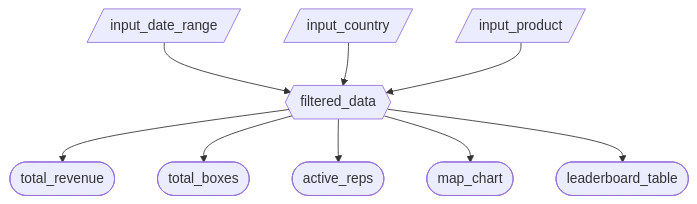
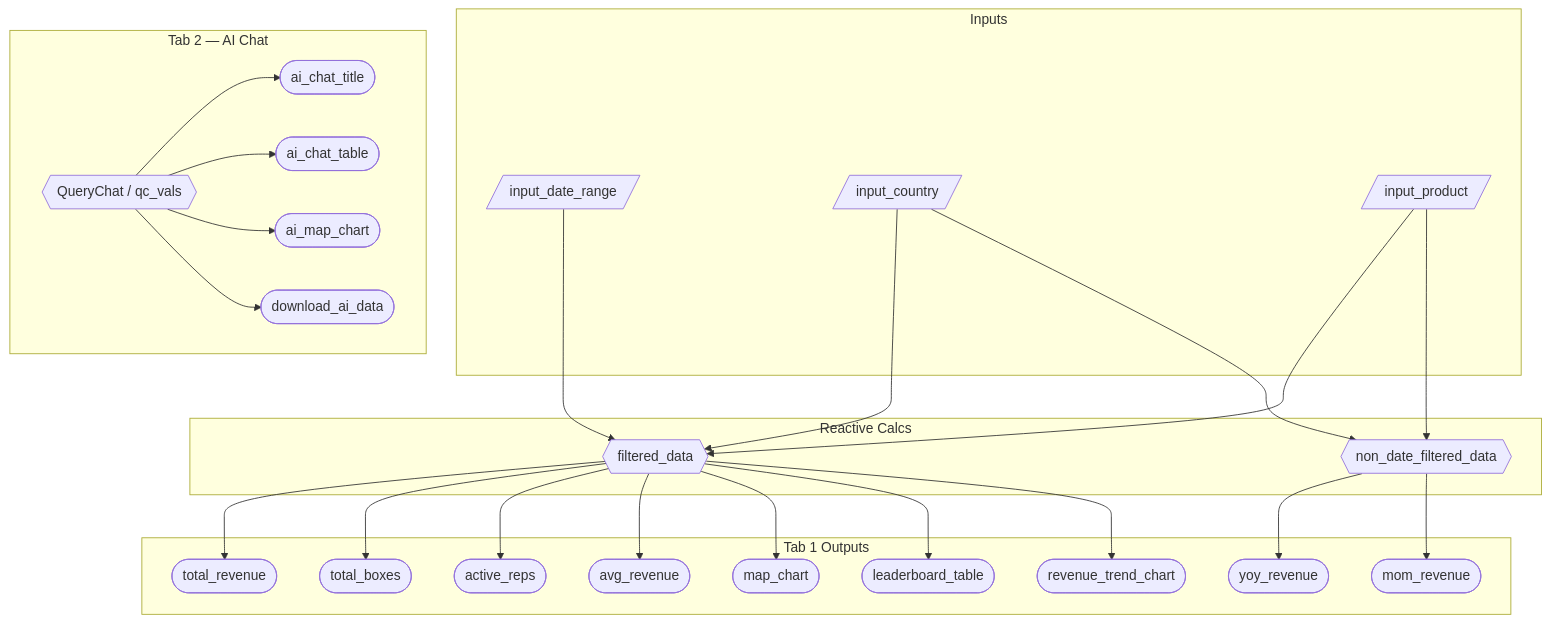
One commit to UBC-MDS/DSCI-532_2026_8_cocoaboard changed the diagram in reports/m2_spec.md. Above: the diagram before and after it, drawn with Mermaid. The commit also changed other lines of this file, not shown here.

````diff
--- a/reports/m2_spec.md
+++ b/reports/m2_spec.md
@@ -27,11 +47,49 @@
 ```mermaid
 flowchart TD
-  A[/input_date_range/] --> F{{filtered_data}}
-  B[/input_country/] --> F
-  C[/input_product/] --> F
-  F --> R([total_revenue])
-  F --> T([total_boxes])
-  F --> P([active_reps])
-  F --> M([map_chart])
-  F --> L([leaderboard_table])
+  subgraph Inputs
+    A[/input_date_range/]
+    B[/input_country/]
+    C[/input_product/]
+  end
+
+  subgraph "Reactive Calcs"
+    F{{filtered_data}}
+    NDF{{non_date_filtered_data}}
+  end
+
+  A --> F
+  B --> F
+  C --> F
+  B --> NDF
+  C --> NDF
+
+  subgraph "Tab 1 Outputs"
+    R([total_revenue])
+    T([total_boxes])
+    P([active_reps])
+    AVG([avg_revenue])
+    YOY([yoy_revenue])
+    MOM([mom_revenue])
+    M([map_chart])
+    L([leaderboard_table])
+    RT([revenue_trend_chart])
+  end
+
+  F --> R
+  F --> T
+  F --> P
+  F --> AVG
+  F --> M
+  F --> L
+  F --> RT
+  NDF --> YOY
+  NDF --> MOM
+
+  subgraph "Tab 2 — AI Chat"
+    QC{{QueryChat / qc_vals}}
+    QC --> AT([ai_chat_title])
+    QC --> ATBL([ai_chat_table])
+    QC --> AM([ai_map_chart])
+    QC --> DL([download_ai_data])
+  end
 ```
````
